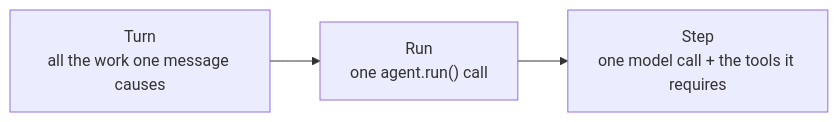
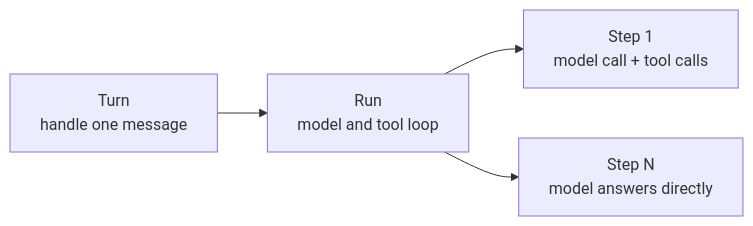
One commit to bubbuild/bub changed the diagram in website/src/content/docs/docs/concepts/turn.mdx. Above: the diagram before and after it, drawn with Mermaid. The commit also changed other lines of this file and 74 other files, not shown here.

````diff
--- a/website/src/content/docs/docs/concepts/turn.mdx
+++ b/website/src/content/docs/docs/concepts/turn.mdx
@@ -16,4 +15,6 @@
 ```mermaid
 flowchart LR
-  T["Turn<br/>all the work one message causes"] --> R["Run<br/>one agent.run() call"] --> S["Step<br/>one model call + the tools it requires"]
+  T["Turn<br/>handle one message"] --> R["Run<br/>model and tool loop"]
+  R --> S1["Step 1<br/>model call + tool calls"]
+  R --> S2["Step N<br/>model answers directly"]
 ```
````
